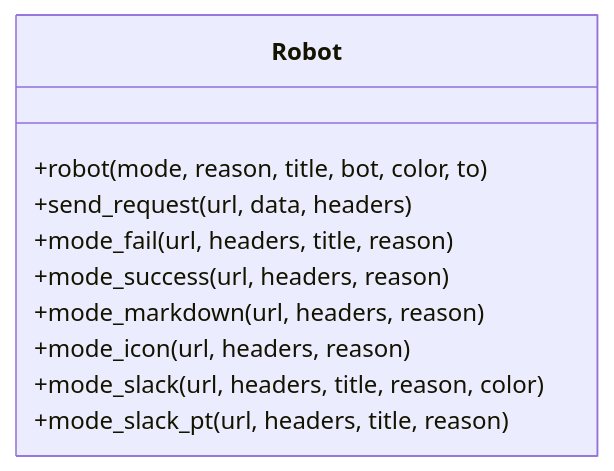
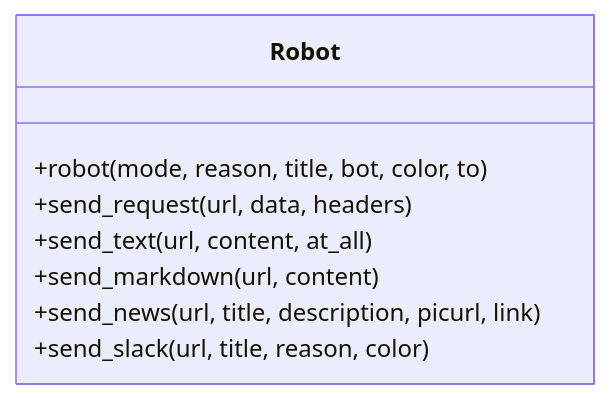
The fourth of 7 diagrams in .qoder/repowiki/zh/content/测试工具与脚本/辅助脚本工具.md (liximing1-ola/qa-payTest), drawn with Mermaid before and after one commit. The commit also changed other lines of this file and 5 other files, not shown here.

````diff
--- a/.qoder/repowiki/zh/content/测试工具与脚本/辅助脚本工具.md
+++ b/.qoder/repowiki/zh/content/测试工具与脚本/辅助脚本工具.md
@@ -216,13 +217,11 @@
 ```mermaid
 classDiagram
 class Robot {
 +robot(mode, reason, title, bot, color, to)
 +send_request(url, data, headers)
-+mode_fail(url, headers, title, reason)
-+mode_success(url, headers, reason)
-+mode_markdown(url, headers, reason)
-+mode_icon(url, headers, reason)
-+mode_slack(url, headers, title, reason, color)
-+mode_slack_pt(url, headers, title, reason)
++send_text(url, content, at_all)
++send_markdown(url, content)
++send_news(url, title, description, picurl, link)
++send_slack(url, title, reason, color)
 }
 ```
````
